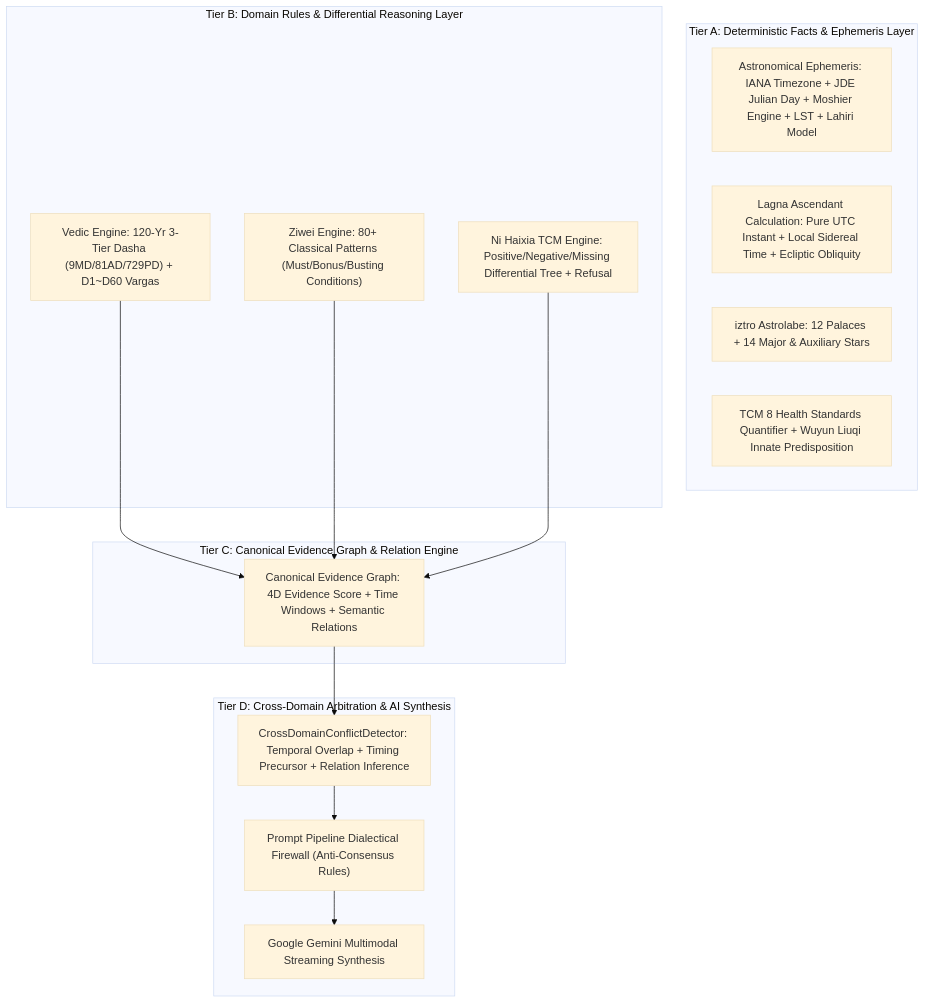
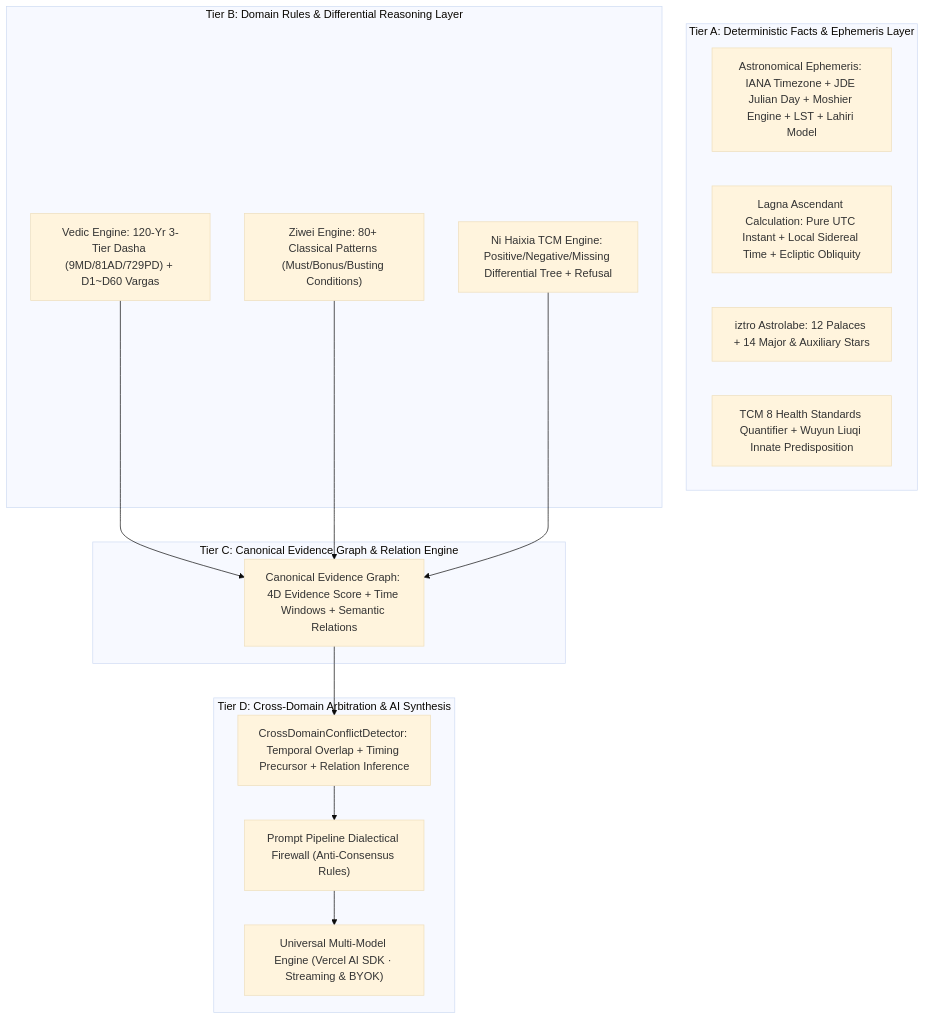
The diagram in README.md (MeiSiristhebest/mystic), drawn with Mermaid (base theme) before and after one commit. The commit also changed other lines of this file and 1 other file, not shown here.

Commit message:
docs(readme): update multi-model architecture, diagrams and environment setup

````diff
--- a/README.md
+++ b/README.md
@@ -83,29 +83,29 @@
 ```mermaid
 graph TD
     subgraph Layer1 [Tier A: Deterministic Facts & Ephemeris Layer]
         Ephem["Astronomical Ephemeris: IANA Timezone + JDE Julian Day + Moshier Engine + LST + Lahiri Model"]
         Asc["Lagna Ascendant Calculation: Pure UTC Instant + Local Sidereal Time + Ecliptic Obliquity"]
         Iztro["iztro Astrolabe: 12 Palaces + 14 Major & Auxiliary Stars"]
         TcmStd["TCM 8 Health Standards Quantifier + Wuyun Liuqi Innate Predisposition"]
     end
 
     subgraph Layer2 [Tier B: Domain Rules & Differential Reasoning Layer]
         V_Engine["Vedic Engine: 120-Yr 3-Tier Dasha (9MD/81AD/729PD) + D1~D60 Vargas"]
         Z_Engine["Ziwei Engine: 80+ Classical Patterns (Must/Bonus/Busting Conditions)"]
         T_Engine["Ni Haixia TCM Engine: Positive/Negative/Missing Differential Tree + Refusal"]
     end
 
     subgraph Layer3 [Tier C: Canonical Evidence Graph & Relation Engine]
         CEG["Canonical Evidence Graph: 4D Evidence Score + Time Windows + Semantic Relations"]
         V_Engine --> CEG
         Z_Engine --> CEG
         T_Engine --> CEG
     end
 
     subgraph Layer4 [Tier D: Cross-Domain Arbitration & AI Synthesis]
         Arbitrator["CrossDomainConflictDetector: Temporal Overlap + Timing Precursor + Relation Inference"]
         CEG --> Arbitrator
         Arbitrator --> Firewall["Prompt Pipeline Dialectical Firewall (Anti-Consensus Rules)"]
-        Firewall --> LLM["Google Gemini Multimodal Streaming Synthesis"]
+        Firewall --> LLM["Universal Multi-Model Engine (Vercel AI SDK · Streaming & BYOK)"]
     end
 ```
````
